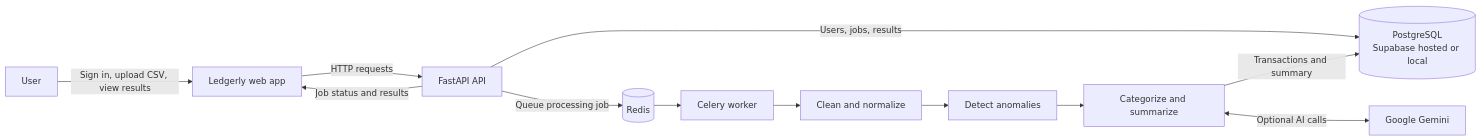
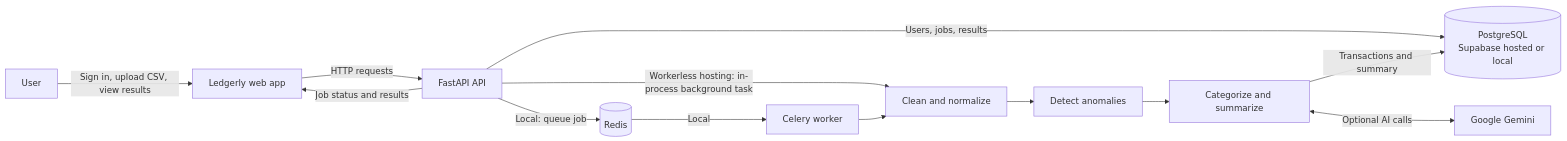
Before and after one commit to Sahil-aka/Ledgerly---AI-transaction-intelligence: the diagram in README.md, drawn with Mermaid. The commit also changed other lines of this file and 6 other files, not shown here.

Commit message:
Add workerless inline processing mode

````diff
--- a/README.md
+++ b/README.md
@@ -23,14 +23,15 @@
 ```mermaid
 flowchart LR
     Person[User] -->|Sign in, upload CSV, view results| Web[Ledgerly web app]
     Web -->|HTTP requests| API[FastAPI API]
     API -->|Users, jobs, results| DB[(PostgreSQL<br/>Supabase hosted or local)]
-    API -->|Queue processing job| Redis[(Redis)]
-    Redis --> Worker[Celery worker]
-    Worker --> Clean[Clean and normalize]
+    API -->|Local: queue job| Redis[(Redis)]
+    Redis -->|Local| Worker[Celery worker]
+    API -->|Workerless hosting: in-process background task| Clean[Clean and normalize]
+    Worker --> Clean
     Clean --> Detect[Detect anomalies]
     Detect --> Classify[Categorize and summarize]
     Classify <-->|Optional AI calls| Gemini[Google Gemini]
     Classify -->|Transactions and summary| DB
     API -->|Job status and results| Web
 ```
````
